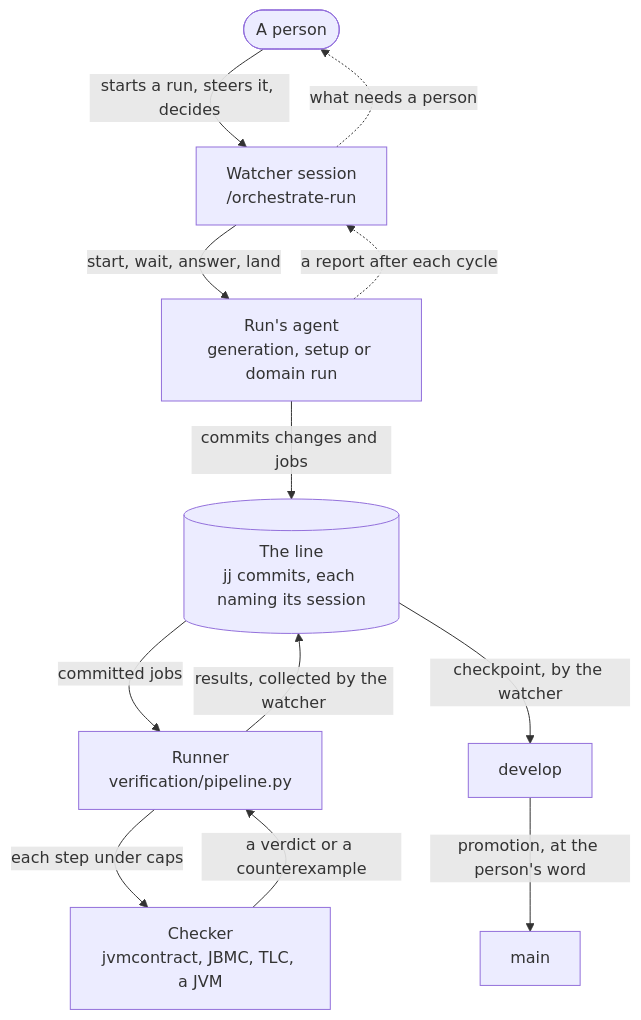
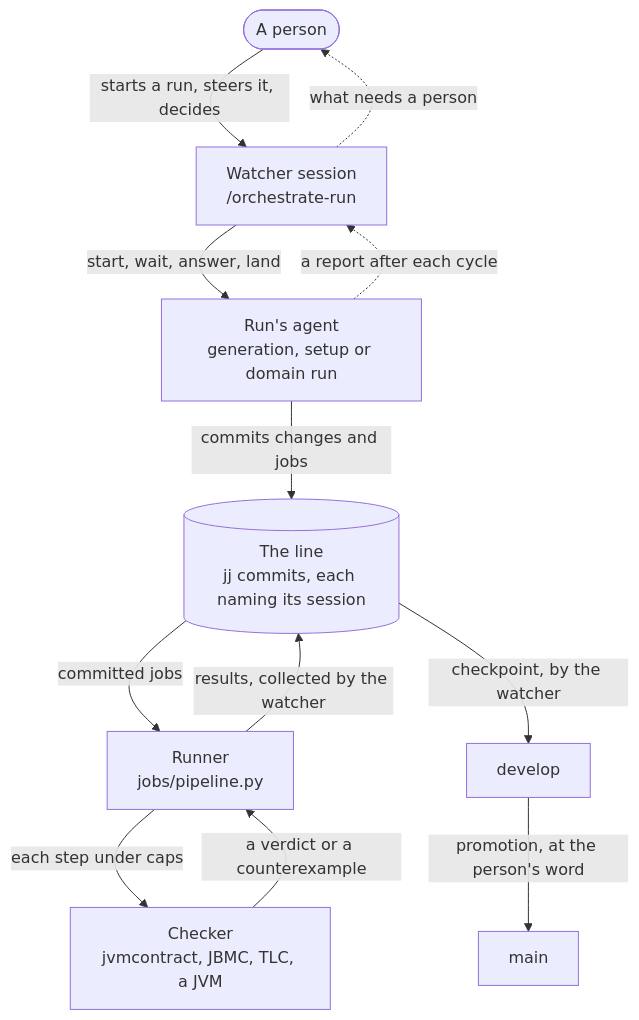
One commit to pilifs/in-the-loop changed the diagram in ARCHITECTURE.md. Above: the diagram before and after it, drawn with Mermaid. The commit also changed other lines of this file and 14 other files, not shown here.

````diff
--- a/ARCHITECTURE.md
+++ b/ARCHITECTURE.md
@@ -19,23 +19,23 @@
 ```mermaid
 flowchart TD
     P(["A person"])
     W["Watcher session<br/>/orchestrate-run"]
     A["Run's agent<br/>generation, setup or domain run"]
     L[("The line<br/>jj commits, each naming its session")]
-    R["Runner<br/>verification/pipeline.py"]
+    R["Runner<br/>jobs/pipeline.py"]
     V["Checker<br/>jvmcontract, JBMC, TLC, a JVM"]
     D["develop"]
     M["main"]
 
     P -->|"starts a run, steers it, decides"| W
     W -->|"start, wait, answer, land"| A
     A -.->|"a report after each cycle"| W
     W -.->|"what needs a person"| P
     A -->|"commits changes and jobs"| L
     L -->|"committed jobs"| R
     R -->|"each step under caps"| V
     V -->|"a verdict or a counterexample"| R
     R -->|"results, collected by the watcher"| L
     L -->|"checkpoint, by the watcher"| D
     D -->|"promotion, at the person's word"| M
 ```
````
